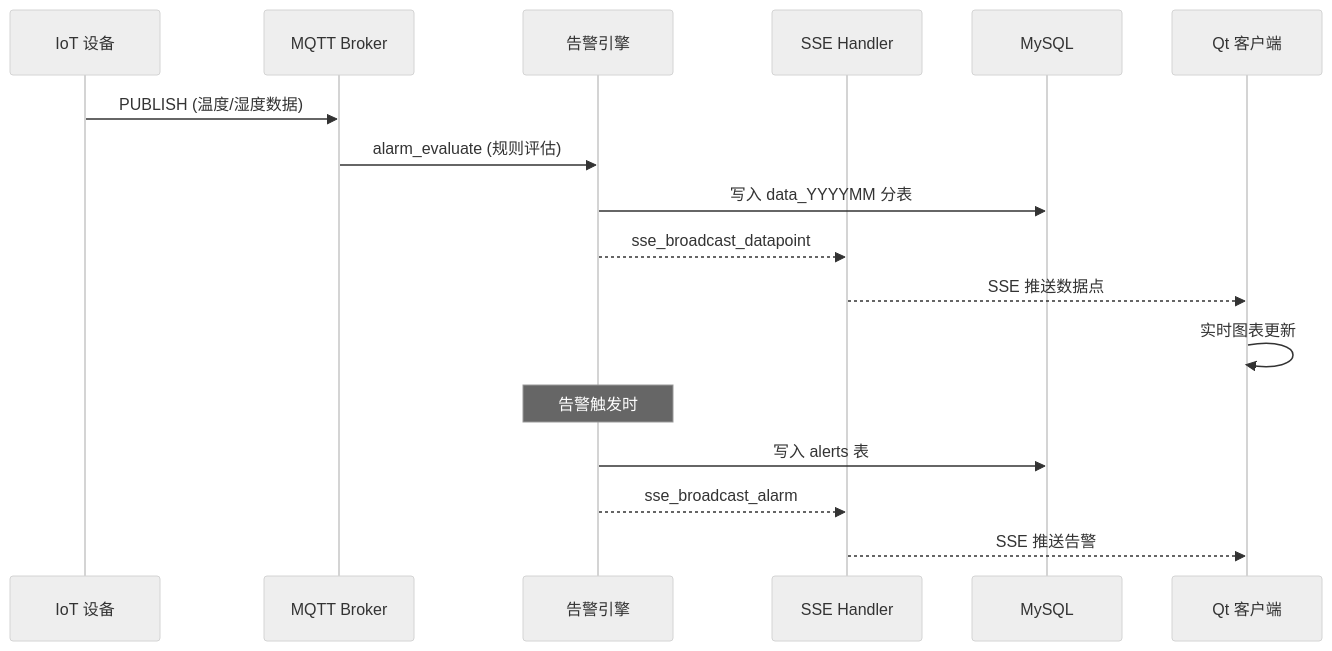
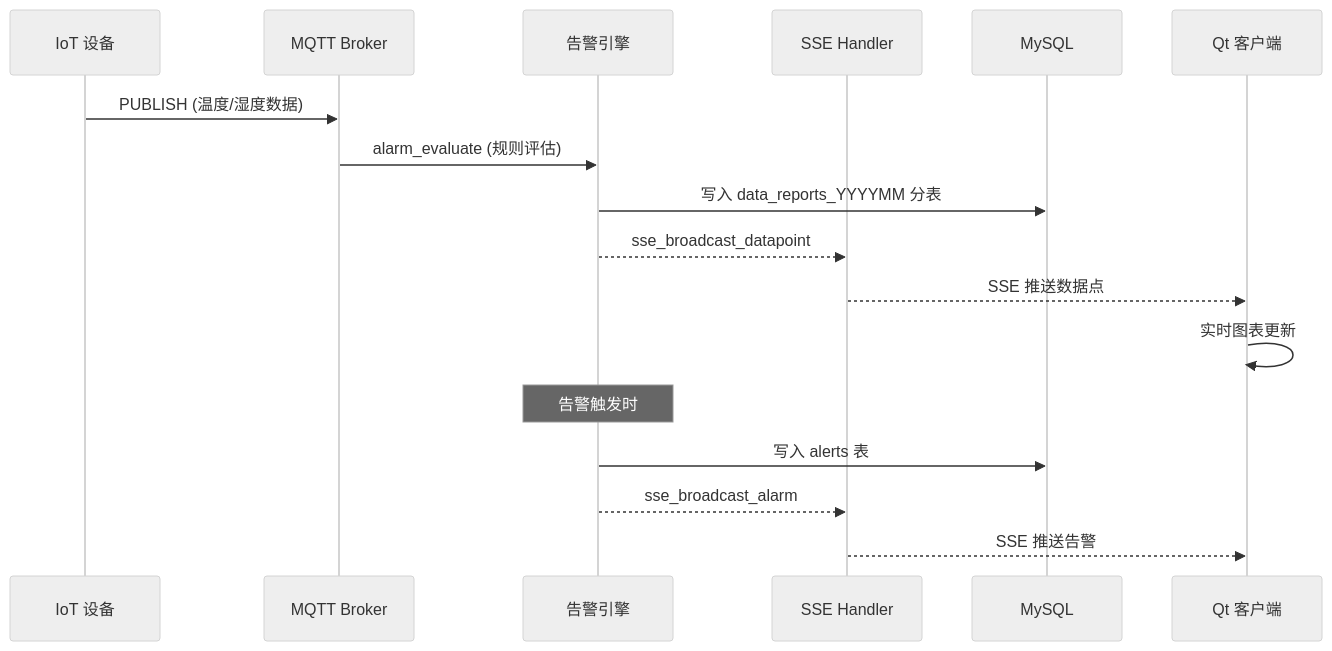
Before and after one commit to Lab0x-Embedded/iotsystem: the second of 3 diagrams in docs/E2_技术方案文档.md, drawn with Mermaid (neutral theme). The commit also changed other lines of this file and 4 other files, not shown here.

Commit message:
fix(docs): update table naming convention from data_YYYYMM to data_reports_YYYYMM

````diff
--- a/docs/E2_技术方案文档.md
+++ b/docs/E2_技术方案文档.md
@@ -88,21 +88,21 @@
 ```mermaid
 sequenceDiagram
     participant Dev as IoT 设备
     participant MQTT as MQTT Broker
     participant Alarm as 告警引擎
     participant SSE as SSE Handler
     participant DB as MySQL
     participant Client as Qt 客户端
 
     Dev->>MQTT: PUBLISH (温度/湿度数据)
     MQTT->>Alarm: alarm_evaluate (规则评估)
-    Alarm->>DB: 写入 data_YYYYMM 分表
+    Alarm->>DB: 写入 data_reports_YYYYMM 分表
     Alarm-->>SSE: sse_broadcast_datapoint
     SSE-->>Client: SSE 推送数据点
     Client->>Client: 实时图表更新
 
     Note over Alarm: 告警触发时
     Alarm->>DB: 写入 alerts 表
     Alarm-->>SSE: sse_broadcast_alarm
     SSE-->>Client: SSE 推送告警
 ```
````
